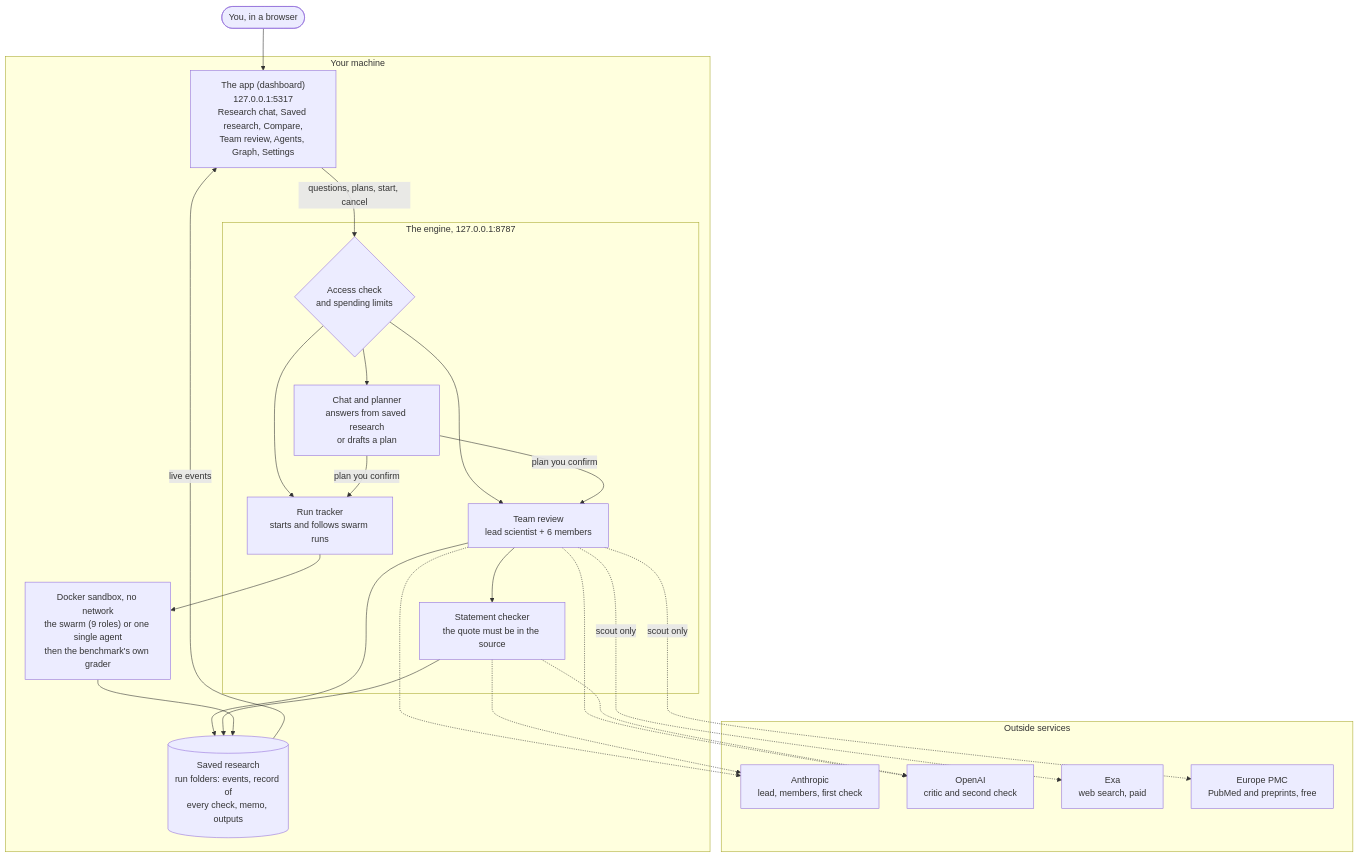
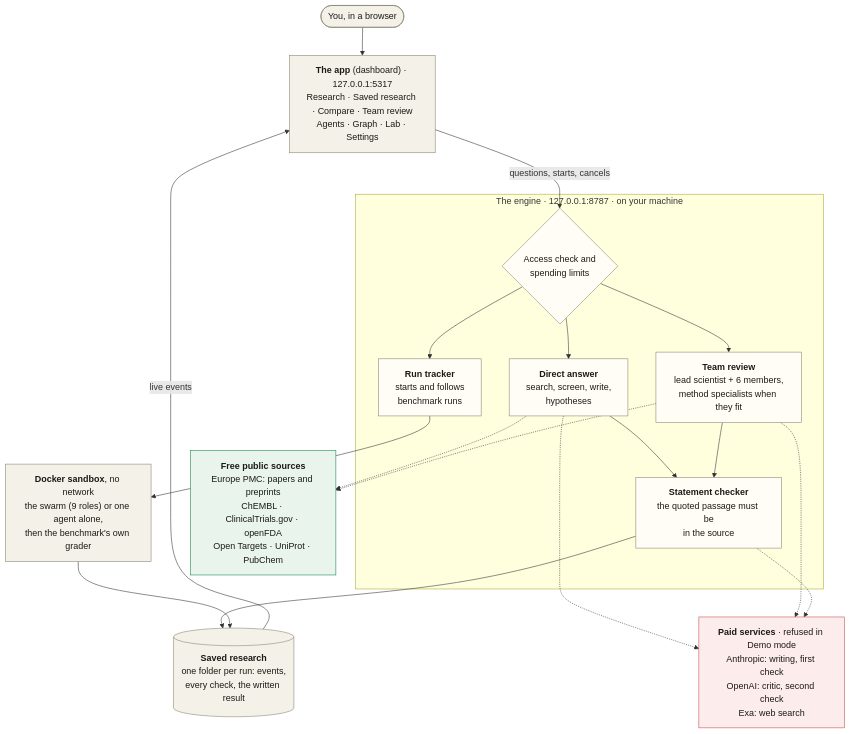
The diagram in README.md (itsbrendandang/agent-test), drawn with Mermaid before and after one commit. The commit also changed other lines of this file and 3 other files, not shown here.

Commit message:
README: screenshots of Research, Team review and the Lab (Demo mode), a clearer diagram, the Lab screen, where things stand today, and the health check now passing

````diff
--- a/README.md
+++ b/README.md
@@ -201,44 +222,44 @@
 ```mermaid
 flowchart TB
     you(["You, in a browser"])
+    app["<b>The app</b> (dashboard) · 127.0.0.1:5317<br/>Research · Saved research · Compare · Team review<br/>Agents · Graph · Lab · Settings"]
 
-    subgraph mac["Your machine"]
-        app["The app (dashboard)<br/>127.0.0.1:5317<br/>Research chat, Saved research, Compare,<br/>Team review, Agents, Graph, Settings"]
-        subgraph engine["The engine, 127.0.0.1:8787"]
-            gate{"Access check<br/>and spending limits"}
-            chat["Chat and planner<br/>answers from saved research<br/>or drafts a plan"]
-            board["Team review<br/>lead scientist + 6 members"]
-            tracker["Run tracker<br/>starts and follows swarm runs"]
-            check["Statement checker<br/>the quote must be in the source"]
-        end
-        store[("Saved research<br/>run folders: events, record of<br/>every check, memo, outputs")]
-        sandbox["Docker sandbox, no network<br/>the swarm (9 roles) or one single agent<br/>then the benchmark's own grader"]
+    subgraph engine["The engine · 127.0.0.1:8787 · on your machine"]
+        gate{"Access check and<br/>spending limits"}
+        answer["<b>Direct answer</b><br/>search, screen, write,<br/>hypotheses"]
+        board["<b>Team review</b><br/>lead scientist + 6 members,<br/>method specialists when they fit"]
+        tracker["<b>Run tracker</b><br/>starts and follows<br/>benchmark runs"]
+        check["<b>Statement checker</b><br/>the quoted passage must be<br/>in the source"]
     end
 
-    subgraph outside["Outside services"]
-        anthropic["Anthropic<br/>lead, members, first check"]
-        openai["OpenAI<br/>critic and second check"]
-        exa["Exa<br/>web search, paid"]
-        pmc["Europe PMC<br/>PubMed and preprints, free"]
-    end
+    sandbox["<b>Docker sandbox</b>, no network<br/>the swarm (9 roles) or one agent alone,<br/>then the benchmark's own grader"]
+    store[("<b>Saved research</b><br/>one folder per run: events,<br/>every check, the written result")]
+    paid["<b>Paid services</b> · refused in Demo mode<br/>Anthropic: writing, first check<br/>OpenAI: critic, second check<br/>Exa: web search"]
+    free["<b>Free public sources</b><br/>Europe PMC: papers and preprints<br/>ChEMBL · ClinicalTrials.gov · openFDA<br/>Open Targets · UniProt · PubChem"]
 
     you --> app
-    app -- "questions, plans, start, cancel" --> gate
-    gate --> chat
+    app -- "questions, starts, cancels" --> gate
+    gate --> answer
     gate --> board
     gate --> tracker
-    chat -- "plan you confirm" --> board
-    chat -- "plan you confirm" --> tracker
+    answer --> check
     board --> check
     tracker --> sandbox
-    board --> store
     check --> store
     sandbox --> store
     store -- "live events" --> app
-    board -.-> anthropic
-    board -.-> openai
-    check -.-> anthropic
-    check -.-> openai
-    board -. "scout only" .-> exa
-    board -. "scout only" .-> pmc
+    answer -.-> free
+    board -.-> free
+    answer -.-> paid
+    board -.-> paid
+    check -.-> paid
+
+    classDef local fill:#f4f1e8,stroke:#8a8371,color:#1b1a17
+    classDef core fill:#fffdf6,stroke:#8a8371,color:#1b1a17
+    classDef paidc fill:#fdecec,stroke:#c0504d,color:#1b1a17
+    classDef freec fill:#e9f5ec,stroke:#17824d,color:#1b1a17
+    class you,app,store,sandbox local
+    class gate,answer,board,tracker,check core
+    class paid paidc
+    class free freec
 ```
````
